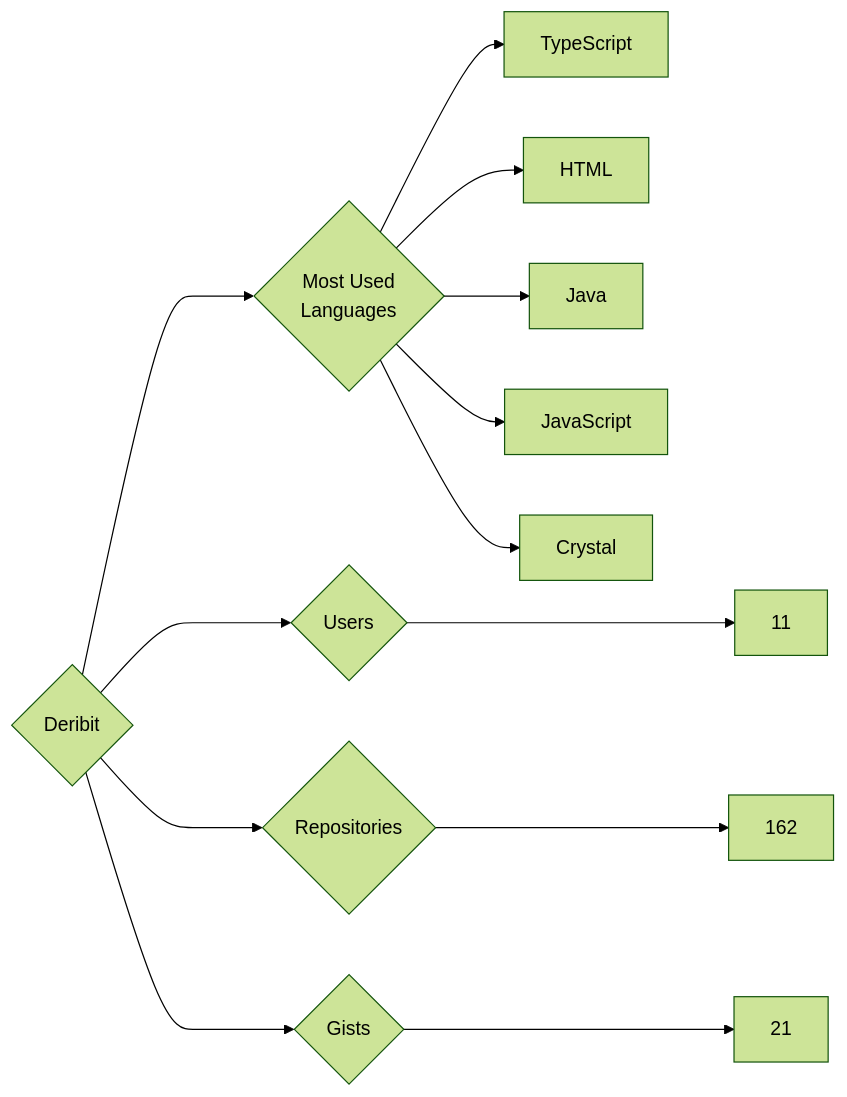
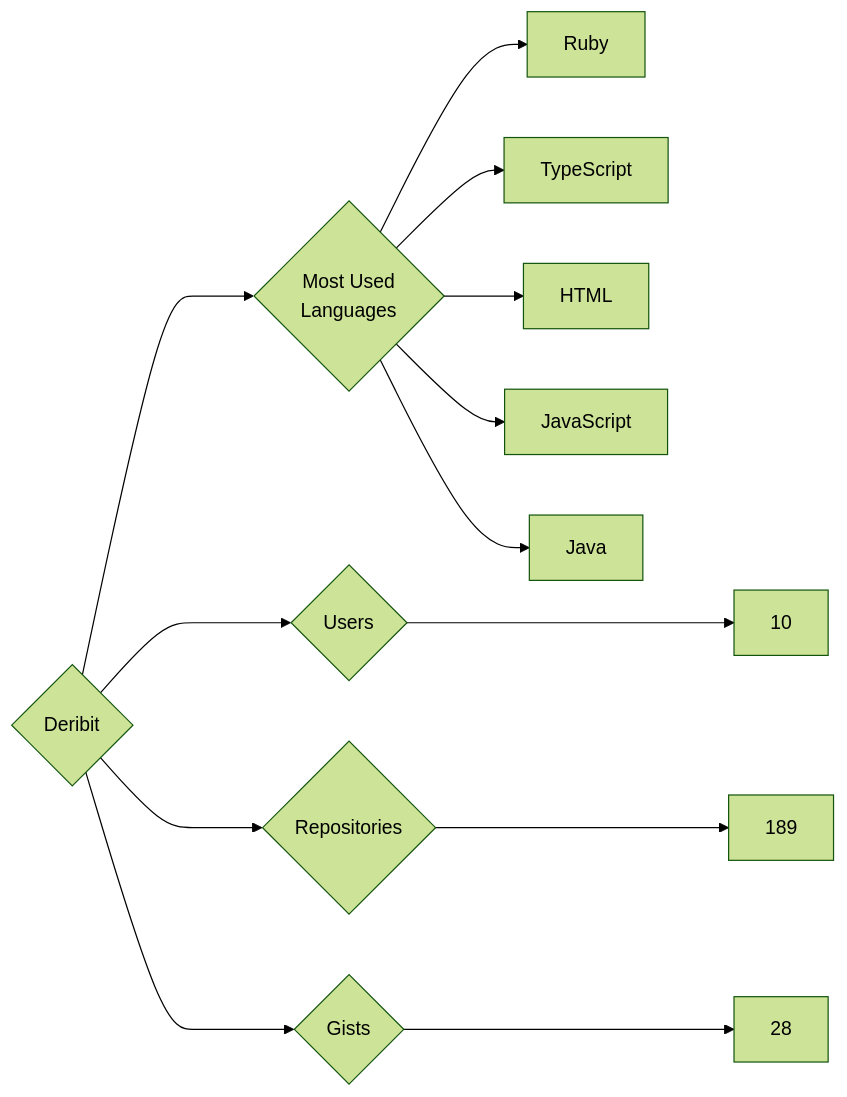
The diagram in targets/Deribit/README.md (trickest/insiders), drawn with Mermaid (forest theme) before and after one commit. The commit also changed 1084 other files, not shown here.

````diff
--- a/targets/Deribit/README.md
+++ b/targets/Deribit/README.md
@@ -3,13 +3,13 @@
 ```mermaid
 graph LR
 COMPANY_NAME{Deribit}
-COMPANY_NAME ---> U{Users} ---> UN[11]
-COMPANY_NAME ---> R{Repositories} ---> RN[162]
-COMPANY_NAME ---> G{Gists} ---> GN[21]
+COMPANY_NAME ---> U{Users} ---> UN[10]
+COMPANY_NAME ---> R{Repositories} ---> RN[189]
+COMPANY_NAME ---> G{Gists} ---> GN[28]
 COMPANY_NAME ---> ML{Most Used<br>Languages}
+ML --> Ruby[Ruby]
 ML --> TypeScript[TypeScript]
 ML --> HTML[HTML]
+ML --> JavaScript[JavaScript]
 ML --> Java[Java]
-ML --> JavaScript[JavaScript]
-ML --> Crystal[Crystal]
 ```
````
